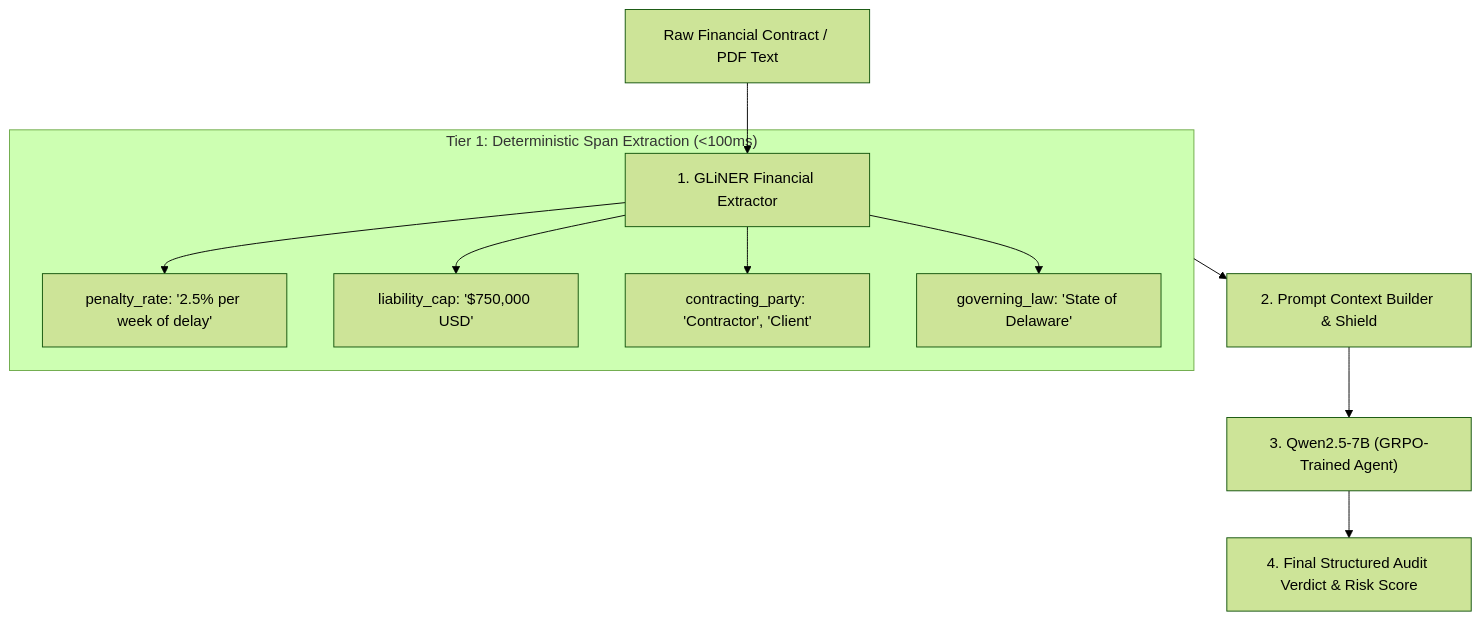
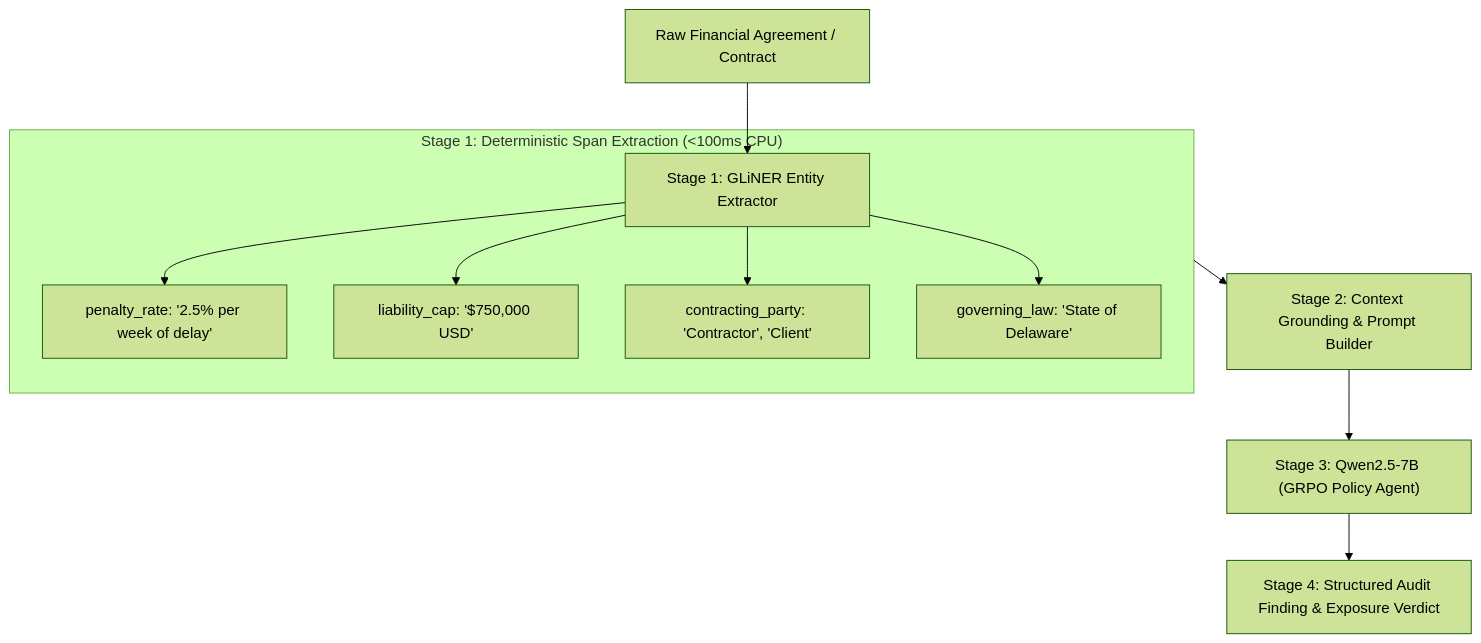
One commit to kushagrakushwah/llm-financial-analyst-agent changed the diagram in README.md. Above: the diagram before and after it, drawn with Mermaid (forest theme). The commit also changed other lines of this file, not shown here.

````diff
--- a/README.md
+++ b/README.md
@@ -22,15 +19,15 @@
 ```mermaid
 flowchart TD
-    Doc["Raw Financial Contract / PDF Text"] --> GL["1. GLiNER Financial Extractor"]
+    Doc["Raw Financial Agreement / Contract"] --> GL["Stage 1: GLiNER Entity Extractor"]
 
-    subgraph GLiNER_Tier["Tier 1: Deterministic Span Extraction (<100ms)"]
+    subgraph GLiNER_Layer["Stage 1: Deterministic Span Extraction (<100ms CPU)"]
         GL --> S1["penalty_rate: '2.5% per week of delay'"]
         GL --> S2["liability_cap: '$750,000 USD'"]
         GL --> S3["contracting_party: 'Contractor', 'Client'"]
         GL --> S4["governing_law: 'State of Delaware'"]
     end
 
-    GLiNER_Tier --> PromptBuilder["2. Prompt Context Builder & Shield"]
-    PromptBuilder --> LLM["3. Qwen2.5-7B (GRPO-Trained Agent)"]
-    LLM --> Verdict["4. Final Structured Audit Verdict & Risk Score"]
+    GLiNER_Layer --> PromptBuilder["Stage 2: Context Grounding & Prompt Builder"]
+    PromptBuilder --> LLM["Stage 3: Qwen2.5-7B (GRPO Policy Agent)"]
+    LLM --> Verdict["Stage 4: Structured Audit Finding & Exposure Verdict"]
 ```
````
